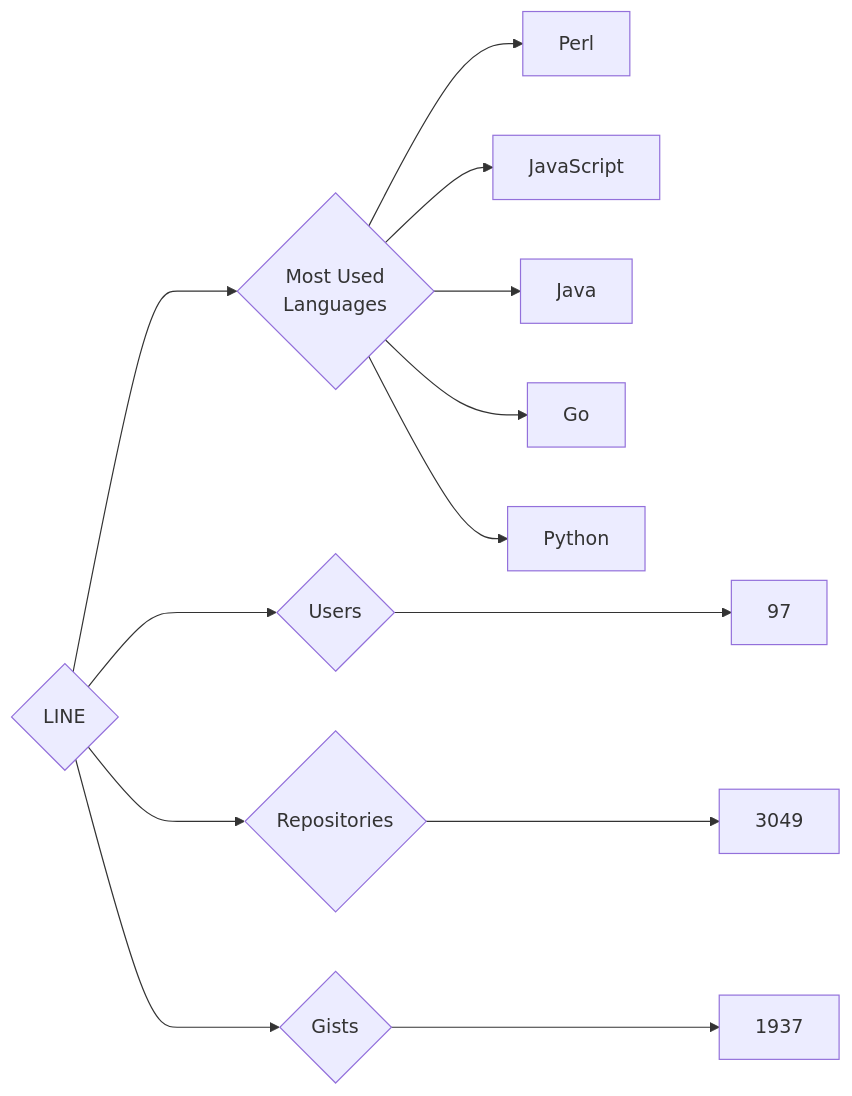
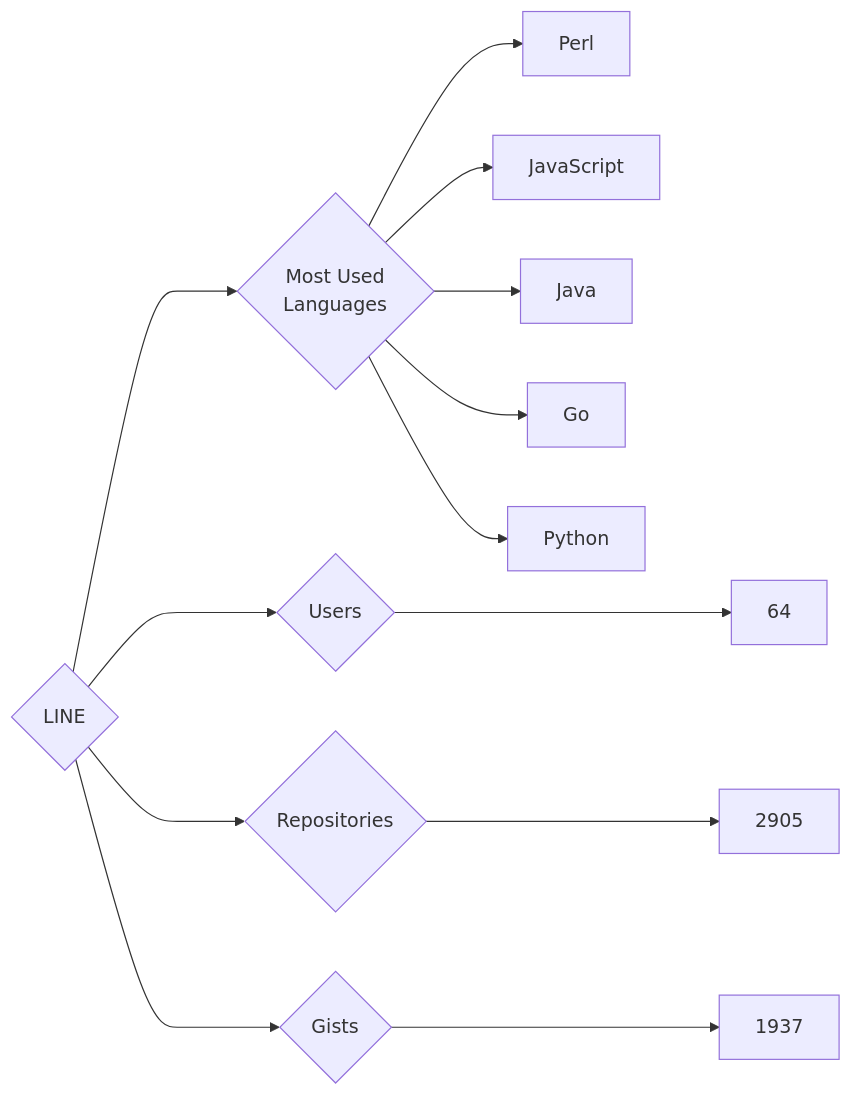
The diagram in targets/LINE/README.md (trickest/insiders), drawn with Mermaid before and after one commit. The commit also changed 723 other files, not shown here.

````diff
--- a/targets/LINE/README.md
+++ b/targets/LINE/README.md
@@ -3,13 +3,13 @@
 ```mermaid
 graph LR
 COMPANY_NAME{LINE}
-COMPANY_NAME ---> U{Users} ---> UN[97]
-COMPANY_NAME ---> R{Repositories} ---> RN[3049]
+COMPANY_NAME ---> U{Users} ---> UN[64]
+COMPANY_NAME ---> R{Repositories} ---> RN[2905]
 COMPANY_NAME ---> G{Gists} ---> GN[1937]
 COMPANY_NAME ---> ML{Most Used<br>Languages}
 ML --> Perl[Perl]
 ML --> JavaScript[JavaScript]
 ML --> Java[Java]
 ML --> Go[Go]
 ML --> Python[Python]
 ```
````
